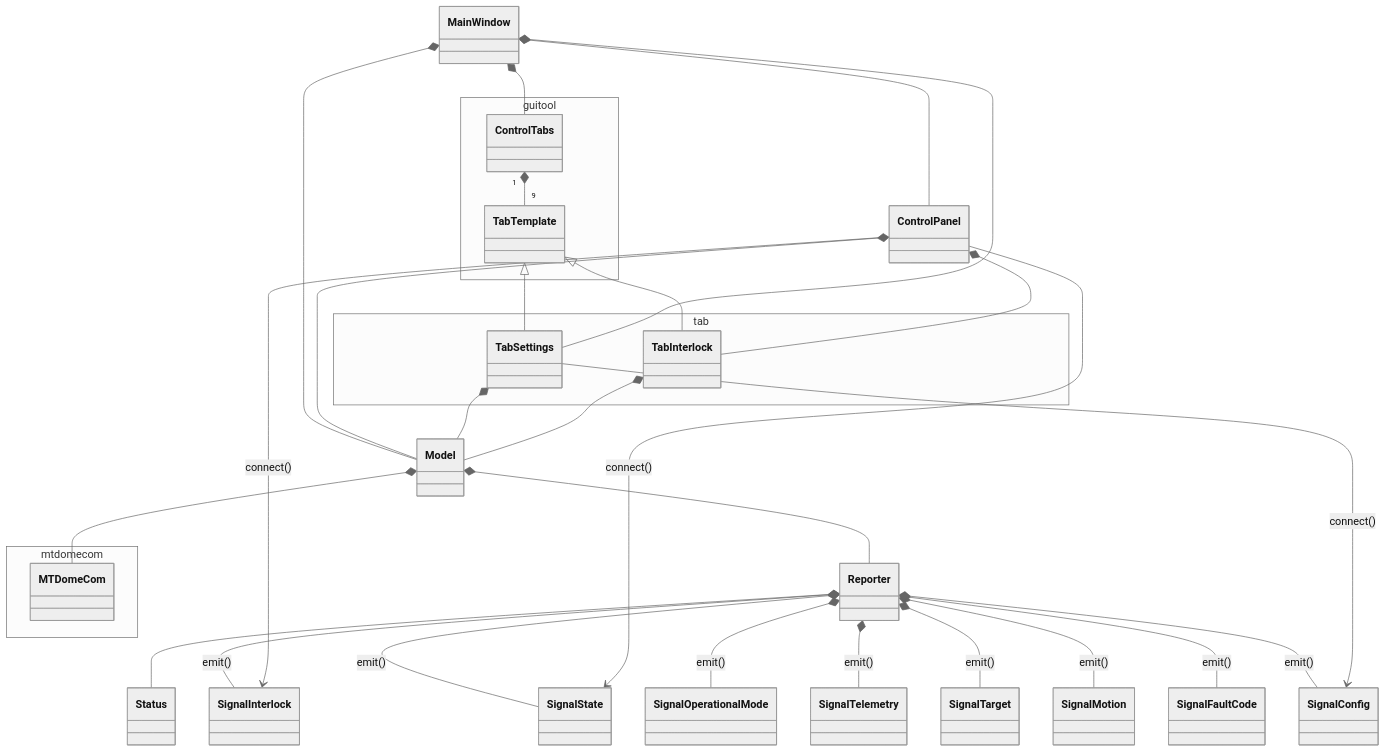
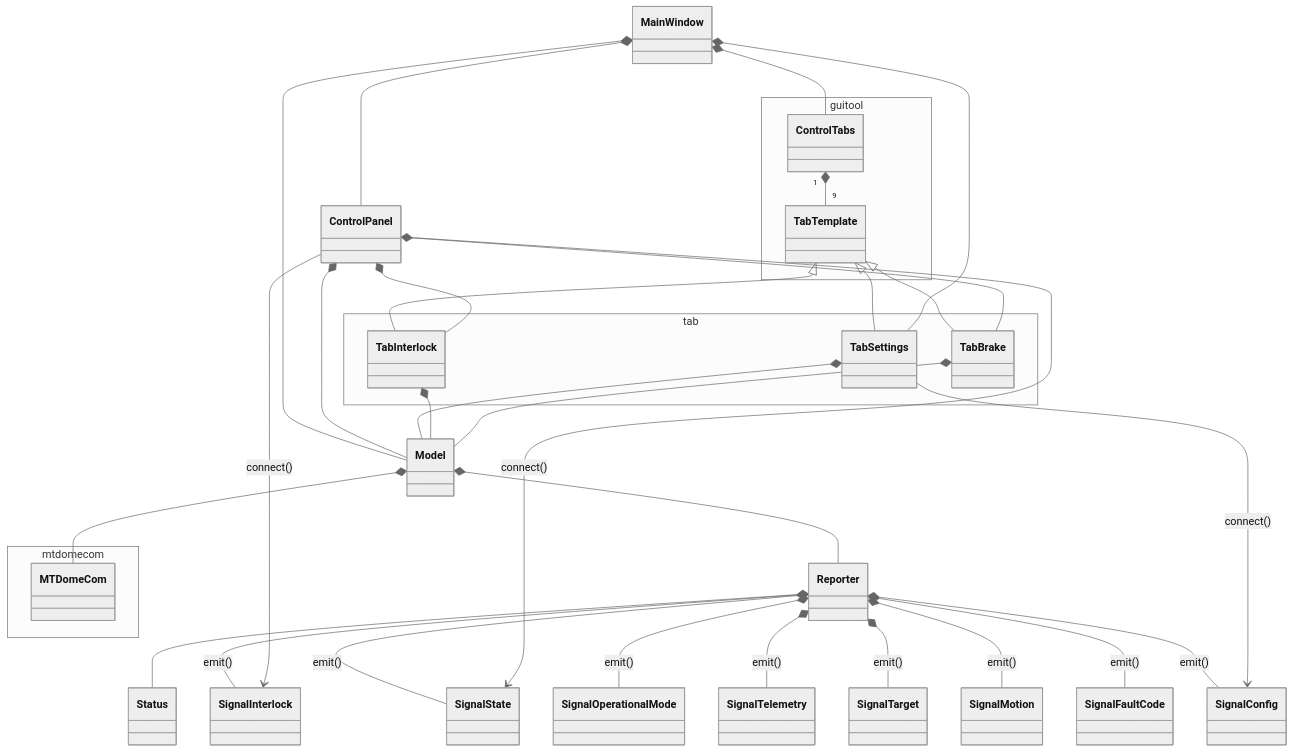
Before and after one commit to lsst-ts/ts_mtdomegui: the diagram in doc/uml/class_mtdomegui.mmd, drawn with Mermaid (neutral theme). The commit also changed 6 other files, not shown here.

```diff
--- a/doc/uml/class_mtdomegui.mmd
+++ b/doc/uml/class_mtdomegui.mmd
@@ -1,48 +1,52 @@
 classDiagram
 
 namespace mtdomecom {
   class MTDomeCom
 }
 
 namespace guitool {
   class ControlTabs
   class TabTemplate
 }
 
 namespace tab {
   class TabSettings
   class TabInterlock
+  class TabBrake
 }
 
 TabTemplate <|-- TabSettings
 TabTemplate <|-- TabInterlock
+TabTemplate <|-- TabBrake
 
 MainWindow *-- Model
 MainWindow *-- ControlTabs
 MainWindow *-- ControlPanel
 MainWindow *-- TabSettings
 
 Model *-- Reporter
 Model *-- MTDomeCom
 
 Reporter *-- Status
 Reporter *-- SignalInterlock : emit()
 Reporter *-- SignalState : emit()
 Reporter *-- SignalOperationalMode : emit()
 Reporter *-- SignalTelemetry : emit()
 Reporter *-- SignalTarget : emit()
 Reporter *-- SignalMotion : emit()
 Reporter *-- SignalFaultCode : emit()
 Reporter *-- SignalConfig : emit()
 
 ControlPanel *-- Model
 ControlPanel *-- TabInterlock
+ControlPanel *-- TabBrake
 ControlPanel --> SignalInterlock : connect()
 ControlPanel --> SignalState : connect()
 
 TabSettings *-- Model
 TabSettings --> SignalConfig : connect()
 
 TabInterlock *-- Model
+TabBrake *-- Model
 
 ControlTabs "1" *-- "9" TabTemplate
```
